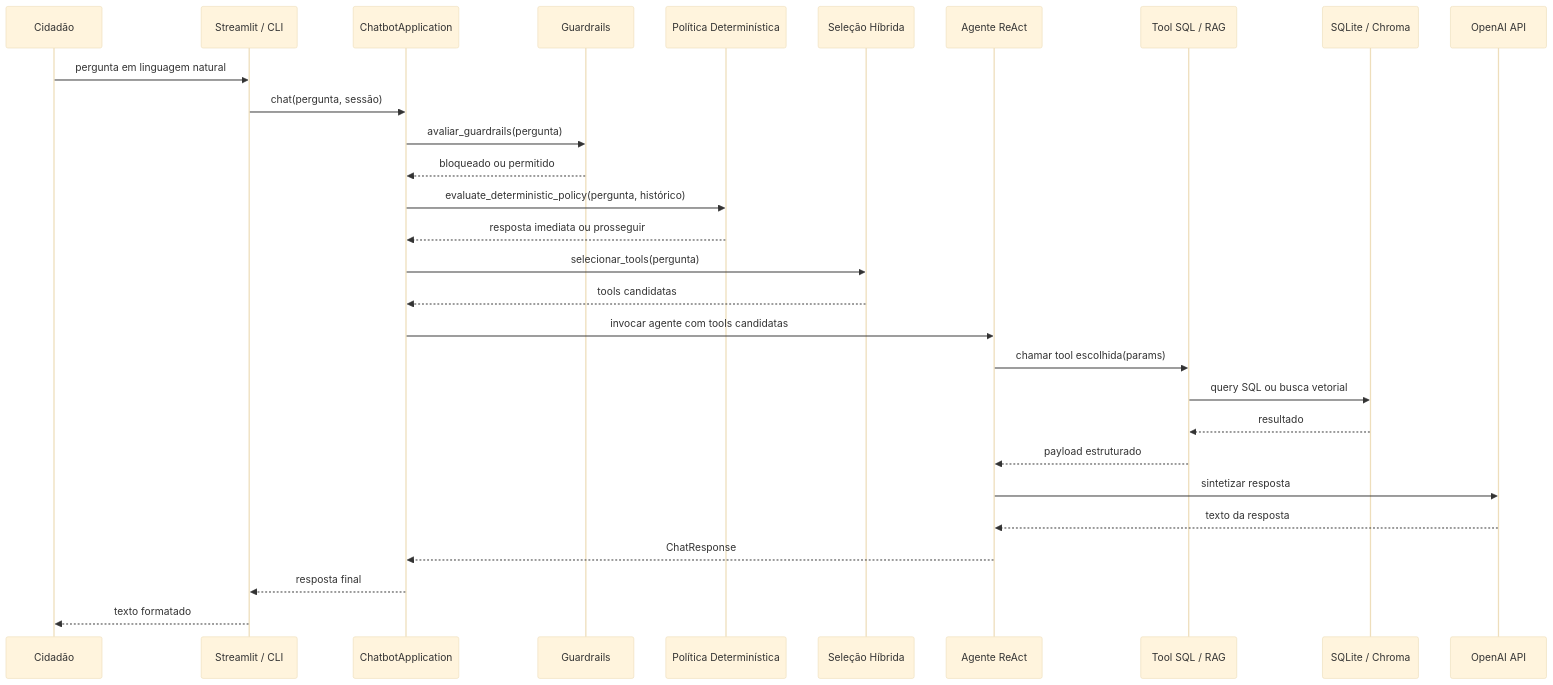
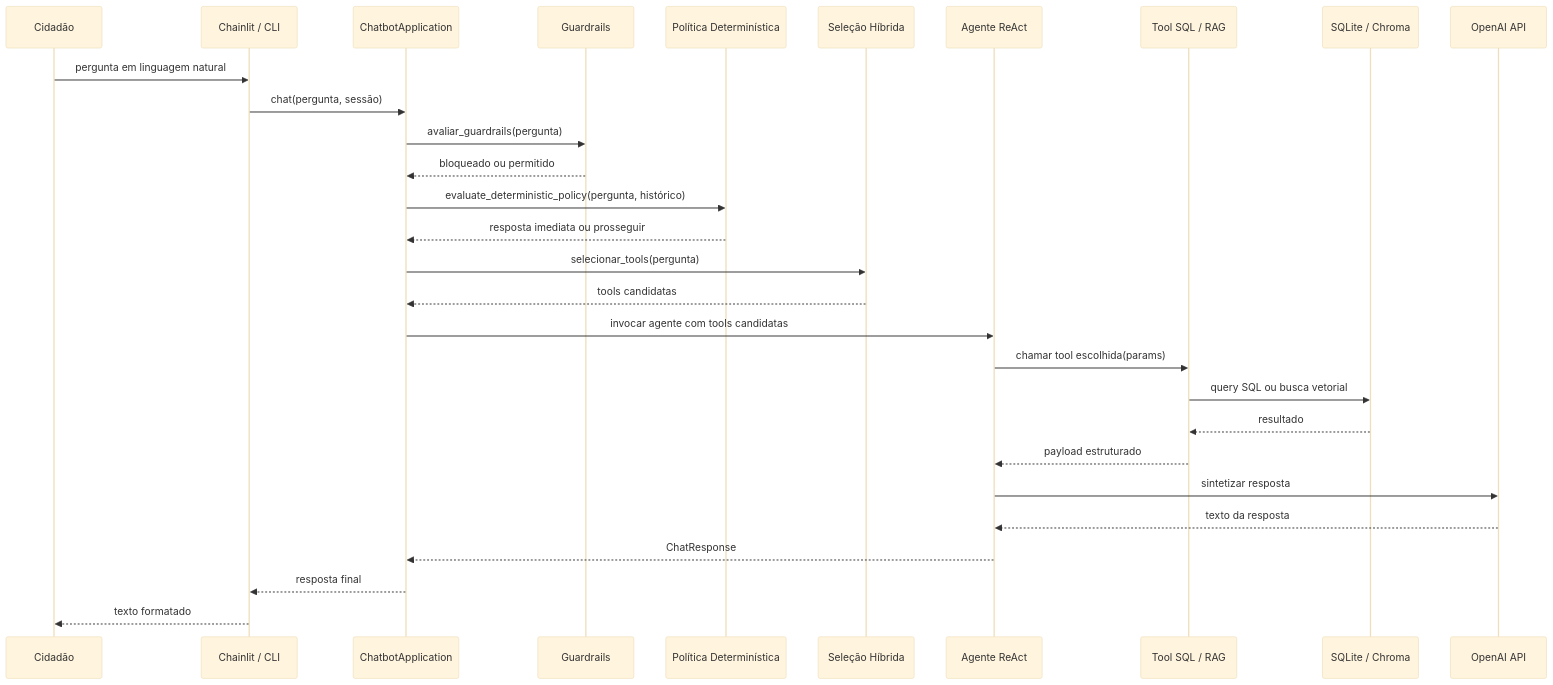
Before and after one commit to thenriquedb/arcos-transparente: the third of 4 diagrams in docs/architecture.md, drawn with Mermaid (base theme). The commit also changed other lines of this file and 52 other files, not shown here.

````diff
--- a/docs/architecture.md
+++ b/docs/architecture.md
@@ -71,32 +71,32 @@
 ```mermaid
 sequenceDiagram
     participant User as Cidadão
-    participant Web as Streamlit / CLI
+    participant Web as Chainlit / CLI
     participant Core as ChatbotApplication
     participant Guard as Guardrails
     participant Policy as Política Determinística
     participant Sel as Seleção Híbrida
     participant Agent as Agente ReAct
     participant Tool as Tool SQL / RAG
     participant DB as SQLite / Chroma
     participant LLM as OpenAI API
 
     User->>Web: pergunta em linguagem natural
     Web->>Core: chat(pergunta, sessão)
     Core->>Guard: avaliar_guardrails(pergunta)
     Guard-->>Core: bloqueado ou permitido
     Core->>Policy: evaluate_deterministic_policy(pergunta, histórico)
     Policy-->>Core: resposta imediata ou prosseguir
     Core->>Sel: selecionar_tools(pergunta)
     Sel-->>Core: tools candidatas
     Core->>Agent: invocar agente com tools candidatas
     Agent->>Tool: chamar tool escolhida(params)
     Tool->>DB: query SQL ou busca vetorial
     DB-->>Tool: resultado
     Tool-->>Agent: payload estruturado
     Agent->>LLM: sintetizar resposta
     LLM-->>Agent: texto da resposta
     Agent-->>Core: ChatResponse
     Core-->>Web: resposta final
     Web-->>User: texto formatado
 ```
````
